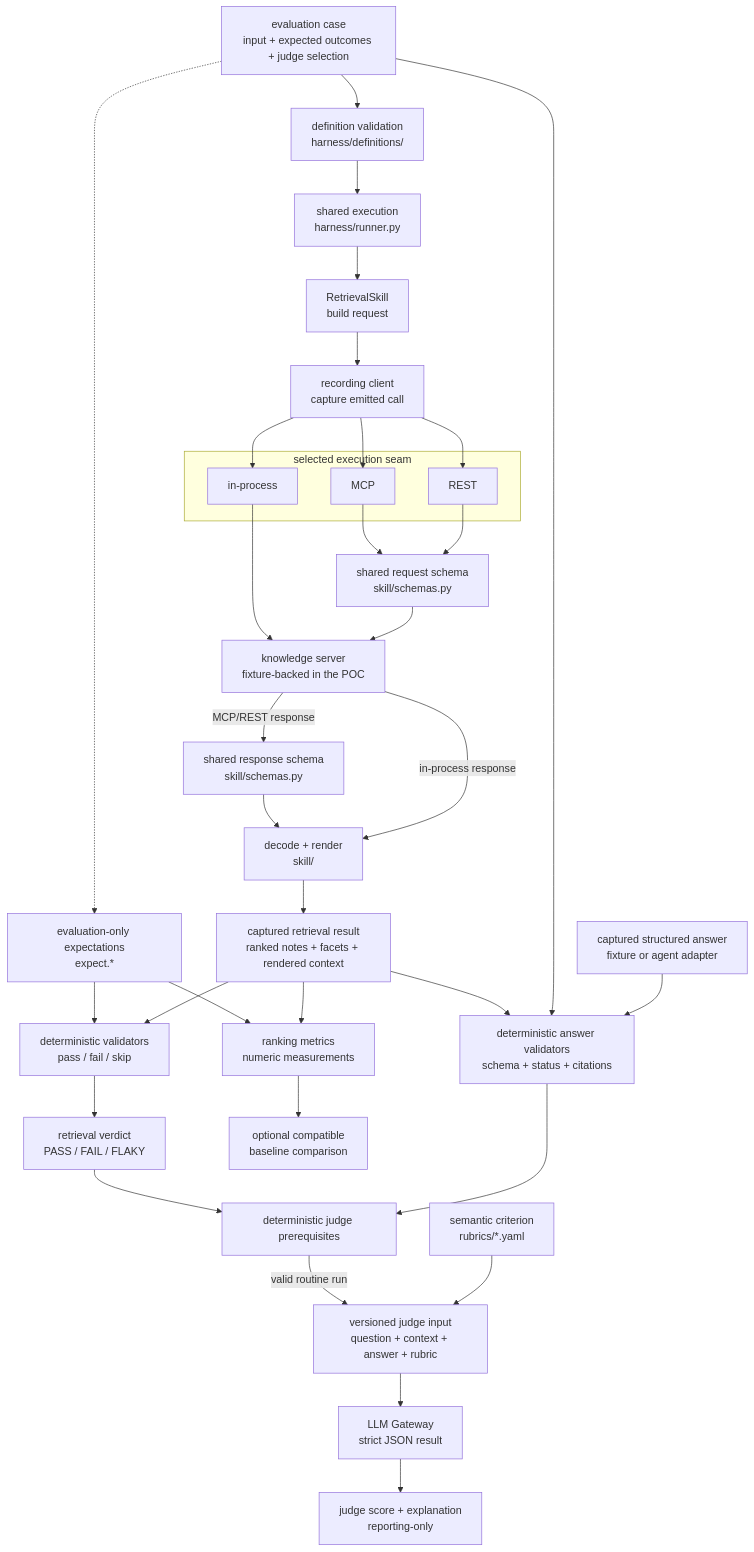
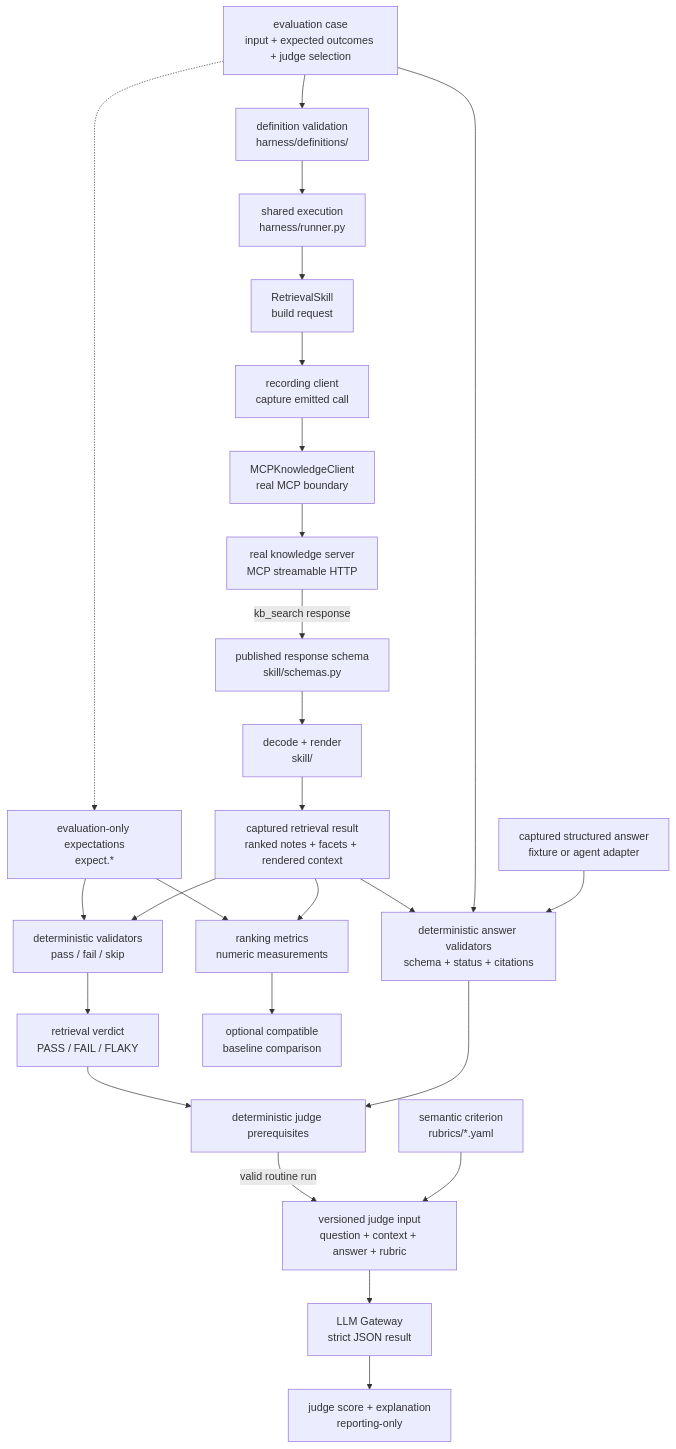
Before and after one commit to AlexGrisin/retrieval-eval-poc: the second of 3 diagrams in ARCHITECTURE.md, drawn with Mermaid. The commit also changed other lines of this file and 35 other files, not shown here.

````diff
--- a/ARCHITECTURE.md
+++ b/ARCHITECTURE.md
@@ -66,61 +66,48 @@
 ```mermaid
 flowchart TD
     Case["evaluation case<br/>input + expected outcomes + judge selection"]
     Definition["definition validation<br/>harness/definitions/"]
     Runner["shared execution<br/>harness/runner.py"]
     Skill["RetrievalSkill<br/>build request"]
     Spy["recording client<br/>capture emitted call"]
+    MCP["MCPKnowledgeClient<br/>real MCP boundary"]
 
-    subgraph Seam["selected execution seam"]
-        Direct["in-process"]
-        MCP["MCP"]
-        REST["REST"]
-    end
-
-    RequestSchema["shared request schema<br/>skill/schemas.py"]
-    Server["knowledge server<br/>fixture-backed in the POC"]
-    ResponseSchema["shared response schema<br/>skill/schemas.py"]
+    ResponseSchema["published response schema<br/>skill/schemas.py"]
+    Server["real knowledge server<br/>MCP streamable HTTP"]
     Decode["decode + render<br/>skill/"]
     Captured["captured retrieval result<br/>ranked notes + facets + rendered context"]
 
     Expectations["evaluation-only expectations<br/>expect.*"]
     Validators["deterministic validators<br/>pass / fail / skip"]
     Metrics["ranking metrics<br/>numeric measurements"]
     Verdict["retrieval verdict<br/>PASS / FAIL / FLAKY"]
     Baseline["optional compatible<br/>baseline comparison"]
 
     CapturedAnswer["captured structured answer<br/>fixture or agent adapter"]
     AnswerValidators["deterministic answer validators<br/>schema + status + citations"]
     JudgeGate["deterministic judge prerequisites"]
     Rubric["semantic criterion<br/>rubrics/*.yaml"]
     JudgeInput["versioned judge input<br/>question + context + answer + rubric"]
     Gateway["LLM Gateway<br/>strict JSON result"]
     JudgeReport["judge score + explanation<br/>reporting-only"]
 
     Case --> Definition --> Runner --> Skill --> Spy
-    Spy --> Direct
-    Spy --> MCP
-    Spy --> REST
-    MCP --> RequestSchema
-    REST --> RequestSchema
-    Direct --> Server
-    RequestSchema --> Server
-    Server -->|MCP/REST response| ResponseSchema --> Decode
-    Server -->|in-process response| Decode
+    Spy --> MCP --> Server
+    Server -->|kb_search response| ResponseSchema --> Decode
     Decode --> Captured
 
     Case -.-> Expectations
     Expectations --> Validators
     Expectations --> Metrics
     Captured --> Validators --> Verdict
     Captured --> Metrics --> Baseline
 
     Captured --> AnswerValidators
     Case --> AnswerValidators
     CapturedAnswer --> AnswerValidators
     Verdict --> JudgeGate
     AnswerValidators --> JudgeGate
     JudgeGate -->|valid routine run| JudgeInput
     Rubric --> JudgeInput
     JudgeInput --> Gateway --> JudgeReport
 ```
````
